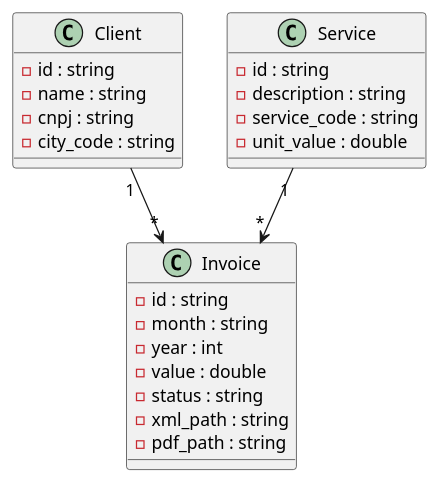
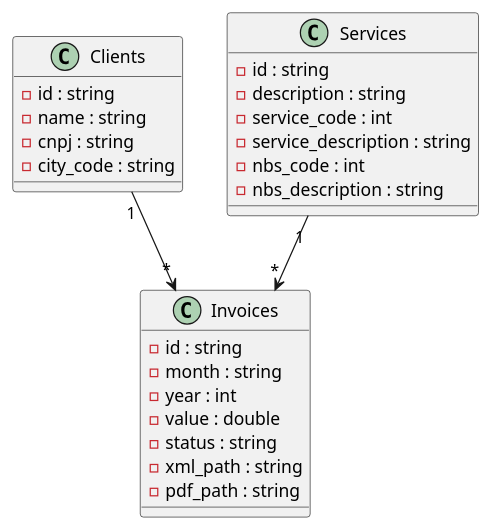
The diagram in UML/diagram.plantuml (TheRonnieSouza/invoice_issuer), drawn with PlantUML before and after one commit. The commit also changed 5 other files, not shown here.

Commit message:
feat: implemented entities client, invoice, service, using sqlAlchemy

```diff
--- a/UML/diagram.plantuml
+++ b/UML/diagram.plantuml
@@ -1,30 +1,32 @@
 @startuml
 
-class Client {
+class Clients {
     - id : string 
     - name : string
     - cnpj : string
     - city_code : string
 }
 
-class Service {
+class Services {
     - id : string
     - description : string
-    - service_code : string
-    - unit_value : double    
+    - service_code : int
+    - service_description : string
+    - nbs_code : int
+    - nbs_description : string
 }
 
-class Invoice {
+class Invoices {
     - id : string
     - month : string
     - year : int
     - value : double 
     - status : string 
     - xml_path : string
     - pdf_path : string
 }
 
-Client "1" --> "*" Invoice
-Service "1" --> "*" Invoice
+Clients "1" --> "*" Invoices
+Services "1" --> "*" Invoices
 
 @enduml
```
